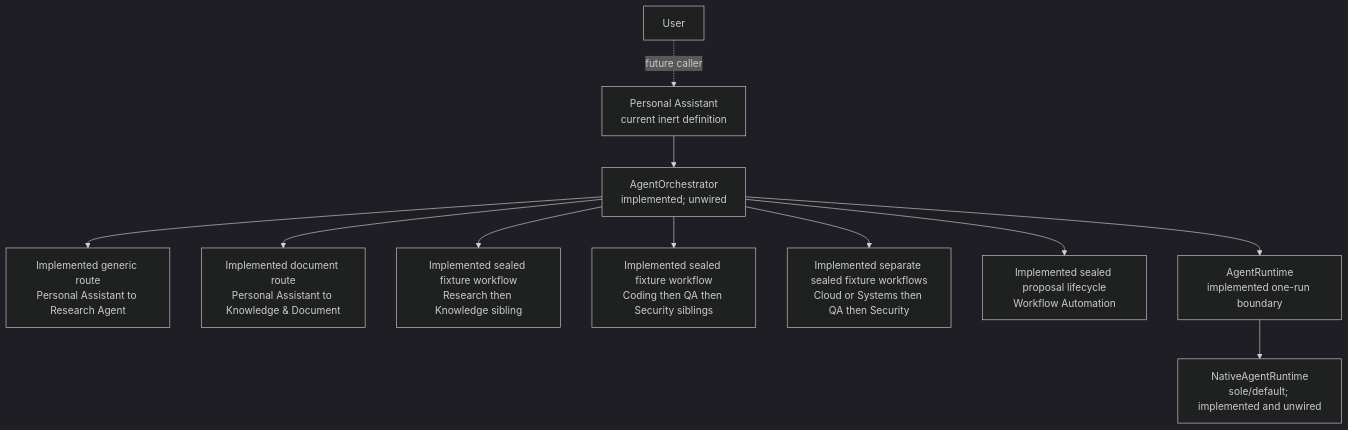
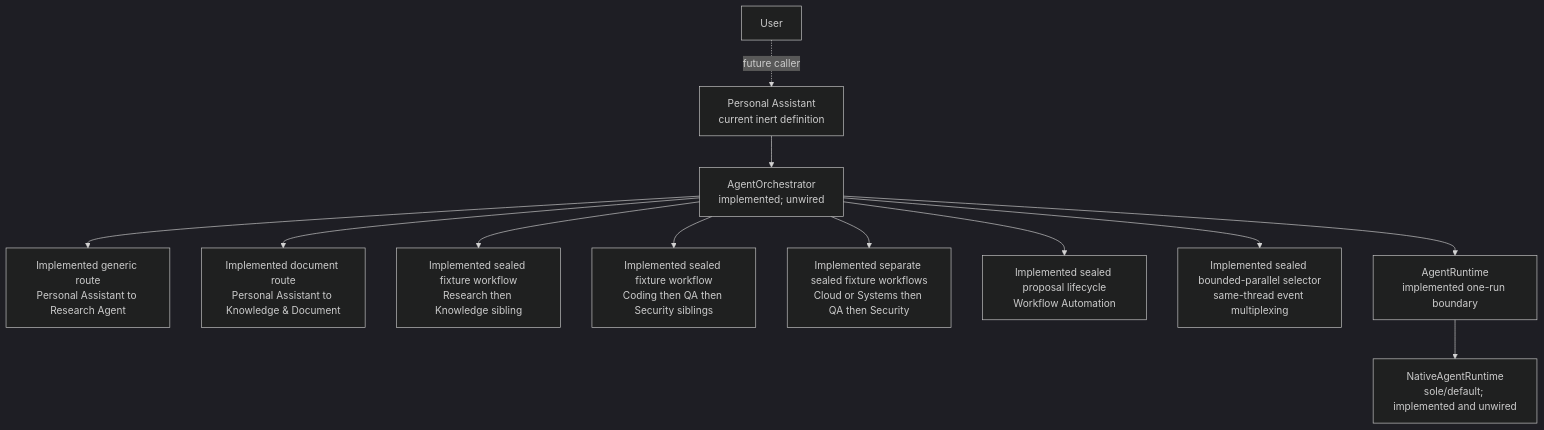
The fourth of 5 diagrams in ARCHITECTURE.md (SillyRbbit/ai-agent-assistant), drawn with Mermaid (dark theme) before and after one commit. The commit also changed other lines of this file and 29 other files, not shown here.

Commit message:
feat(agent): add bounded parallel orchestration

````diff
--- a/ARCHITECTURE.md
+++ b/ARCHITECTURE.md
@@ -199,13 +199,14 @@
 ```mermaid
 flowchart TD
     User["User"] -. "future caller" .-> Personal["Personal Assistant<br/>current inert definition"]
     Personal --> Orchestrator["AgentOrchestrator<br/>implemented; unwired"]
     Orchestrator --> Research["Implemented generic route<br/>Personal Assistant to Research Agent"]
     Orchestrator --> Knowledge["Implemented document route<br/>Personal Assistant to Knowledge & Document"]
     Orchestrator --> ResearchKnowledge["Implemented sealed fixture workflow<br/>Research then Knowledge sibling"]
     Orchestrator --> Engineering["Implemented sealed fixture workflow<br/>Coding then QA then Security siblings"]
     Orchestrator --> Operations["Implemented separate sealed fixture workflows<br/>Cloud or Systems then QA then Security"]
     Orchestrator --> Automation["Implemented sealed proposal lifecycle<br/>Workflow Automation"]
+    Orchestrator --> Parallel["Implemented sealed bounded-parallel selector<br/>same-thread event multiplexing"]
     Orchestrator --> Runtime["AgentRuntime<br/>implemented one-run boundary"]
     Runtime --> Native["NativeAgentRuntime<br/>sole/default; implemented and unwired"]
 ```
````
